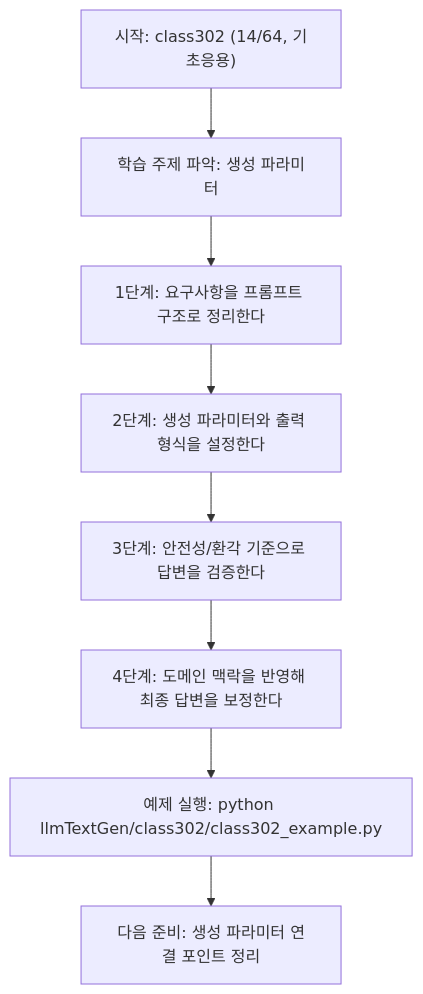
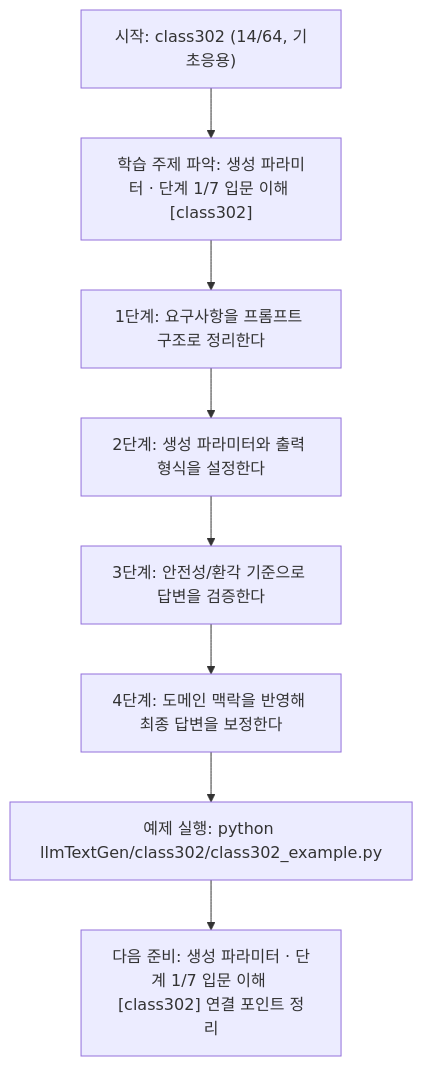
The diagram in llmTextGen/class302/class302.md (edumgt/Python-AI_Agent-Class), drawn with Mermaid before and after one commit. The commit also changed other lines of this file and 522 other files, not shown here.

````diff
--- a/llmTextGen/class302/class302.md
+++ b/llmTextGen/class302/class302.md
@@ -112,18 +113,18 @@
 ```mermaid
 flowchart TD
 N1["시작: class302 (14/64, 기초응용)"]
-N2["학습 주제 파악: 생성 파라미터"]
+N2["학습 주제 파악: 생성 파라미터 · 단계 1/7 입문 이해 [class302]"]
 N3["1단계: 요구사항을 프롬프트 구조로 정리한다"]
 N4["2단계: 생성 파라미터와 출력 형식을 설정한다"]
 N5["3단계: 안전성/환각 기준으로 답변을 검증한다"]
 N6["4단계: 도메인 맥락을 반영해 최종 답변을 보정한다"]
 N7["예제 실행: python llmTextGen/class302/class302_example.py"]
-N8["다음 준비: 생성 파라미터 연결 포인트 정리"]
+N8["다음 준비: 생성 파라미터 · 단계 1/7 입문 이해 [class302] 연결 포인트 정리"]
 N1 --> N2
 N2 --> N3
 N3 --> N4
 N4 --> N5
 N5 --> N6
 N6 --> N7
 N7 --> N8
 ```
````
